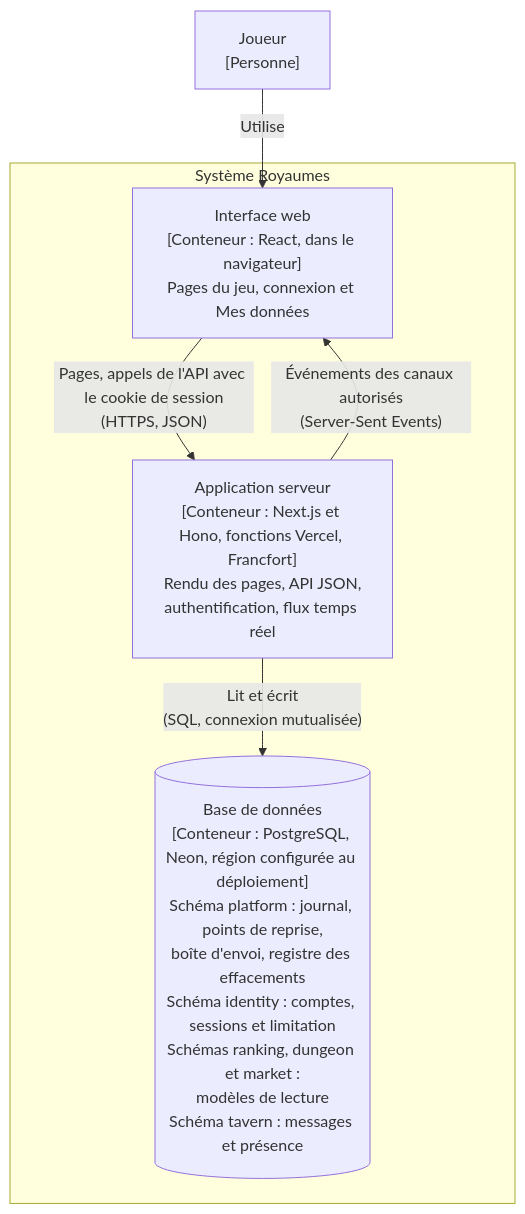
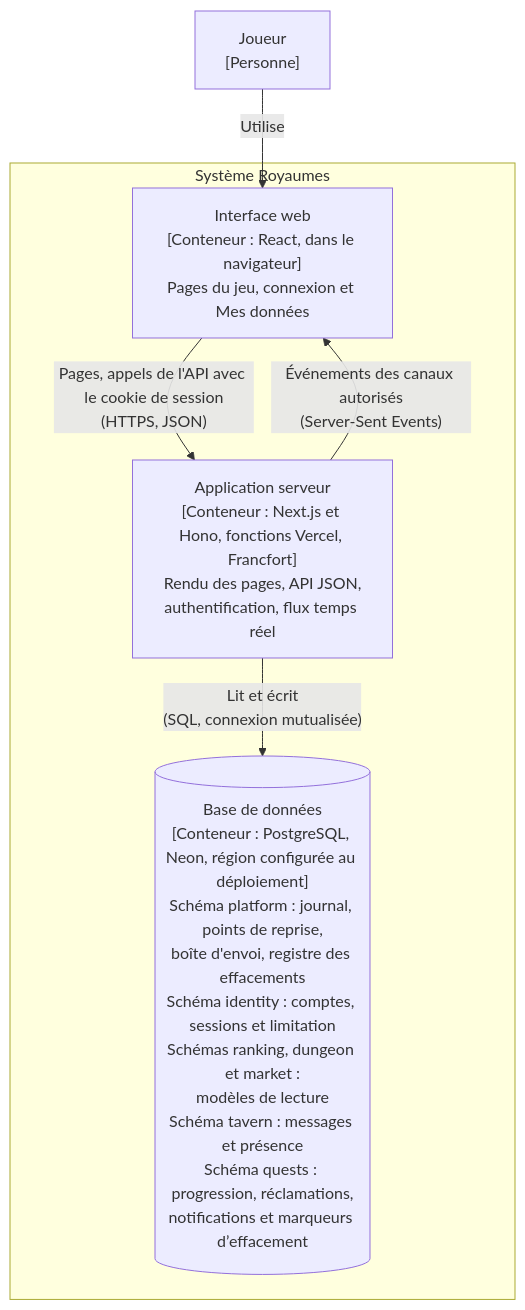
The second of 7 diagrams in docs/architecture.md (leon-morival/kingdom), drawn with Mermaid before and after one commit. The commit also changed other lines of this file and 16 other files, not shown here.

````diff
--- a/docs/architecture.md
+++ b/docs/architecture.md
@@ -25,13 +25,13 @@
 ```mermaid
 flowchart TB
   joueur["Joueur<br/>[Personne]"]
   subgraph royaumes["Système Royaumes"]
     web["Interface web<br/>[Conteneur : React, dans le navigateur]<br/>Pages du jeu, connexion et Mes données"]
     serveur["Application serveur<br/>[Conteneur : Next.js et Hono, fonctions Vercel, Francfort]<br/>Rendu des pages, API JSON,<br/>authentification, flux temps réel"]
-    base[("Base de données<br/>[Conteneur : PostgreSQL, Neon, région configurée au déploiement]<br/>Schéma platform : journal, points de reprise,<br/>boîte d'envoi, registre des effacements<br/>Schéma identity : comptes, sessions et limitation<br/>Schémas ranking, dungeon et market :<br/>modèles de lecture<br/>Schéma tavern : messages et présence")]
+    base[("Base de données<br/>[Conteneur : PostgreSQL, Neon, région configurée au déploiement]<br/>Schéma platform : journal, points de reprise,<br/>boîte d'envoi, registre des effacements<br/>Schéma identity : comptes, sessions et limitation<br/>Schémas ranking, dungeon et market :<br/>modèles de lecture<br/>Schéma tavern : messages et présence<br/>Schéma quests : progression, réclamations,<br/>notifications et marqueurs d’effacement")]
   end
   joueur -->|"Utilise"| web
   web -->|"Pages, appels de l'API avec le cookie de session<br/>(HTTPS, JSON)"| serveur
   serveur -->|"Événements des canaux autorisés<br/>(Server-Sent Events)"| web
   serveur -->|"Lit et écrit<br/>(SQL, connexion mutualisée)"| base
 ```
````
